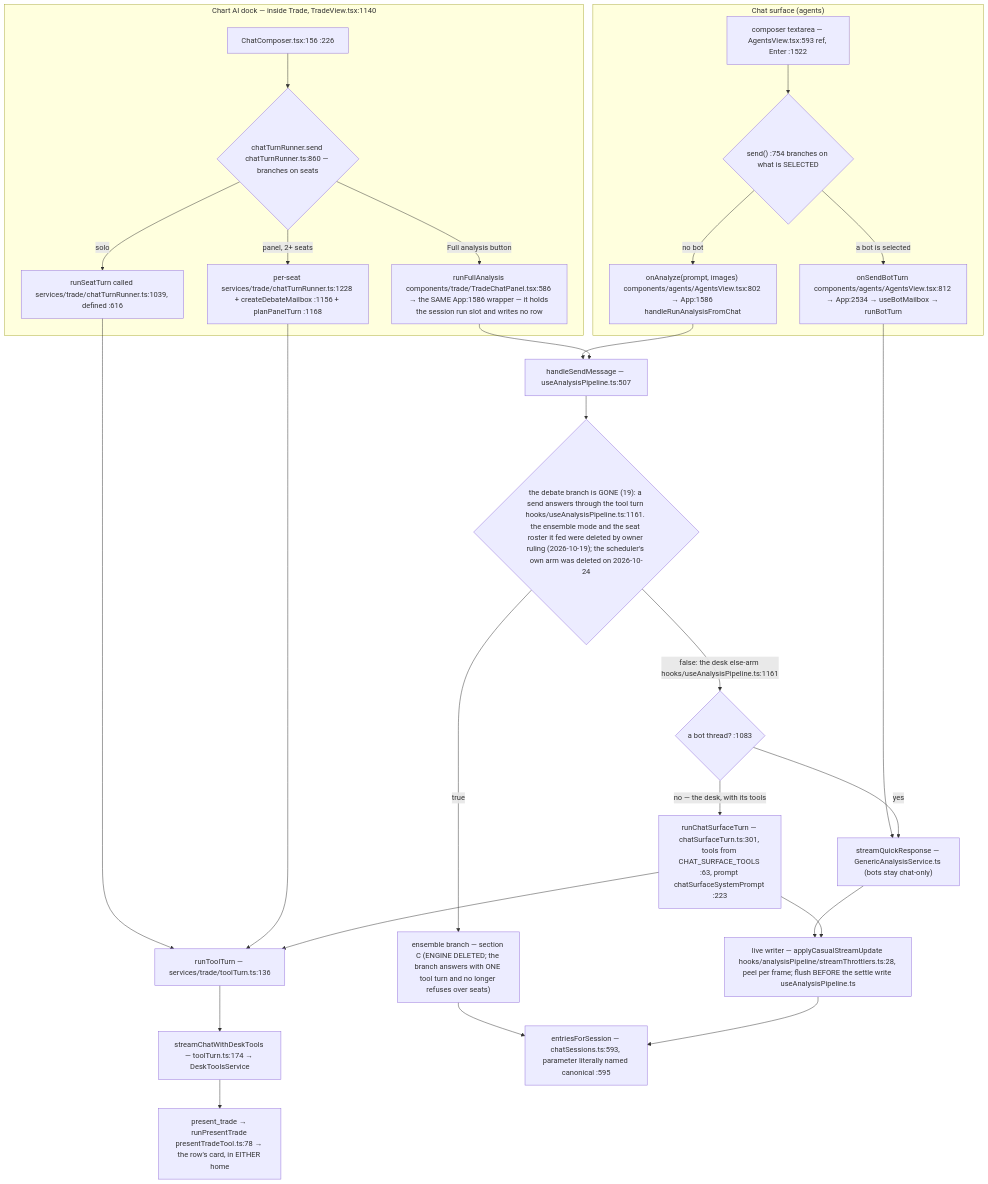
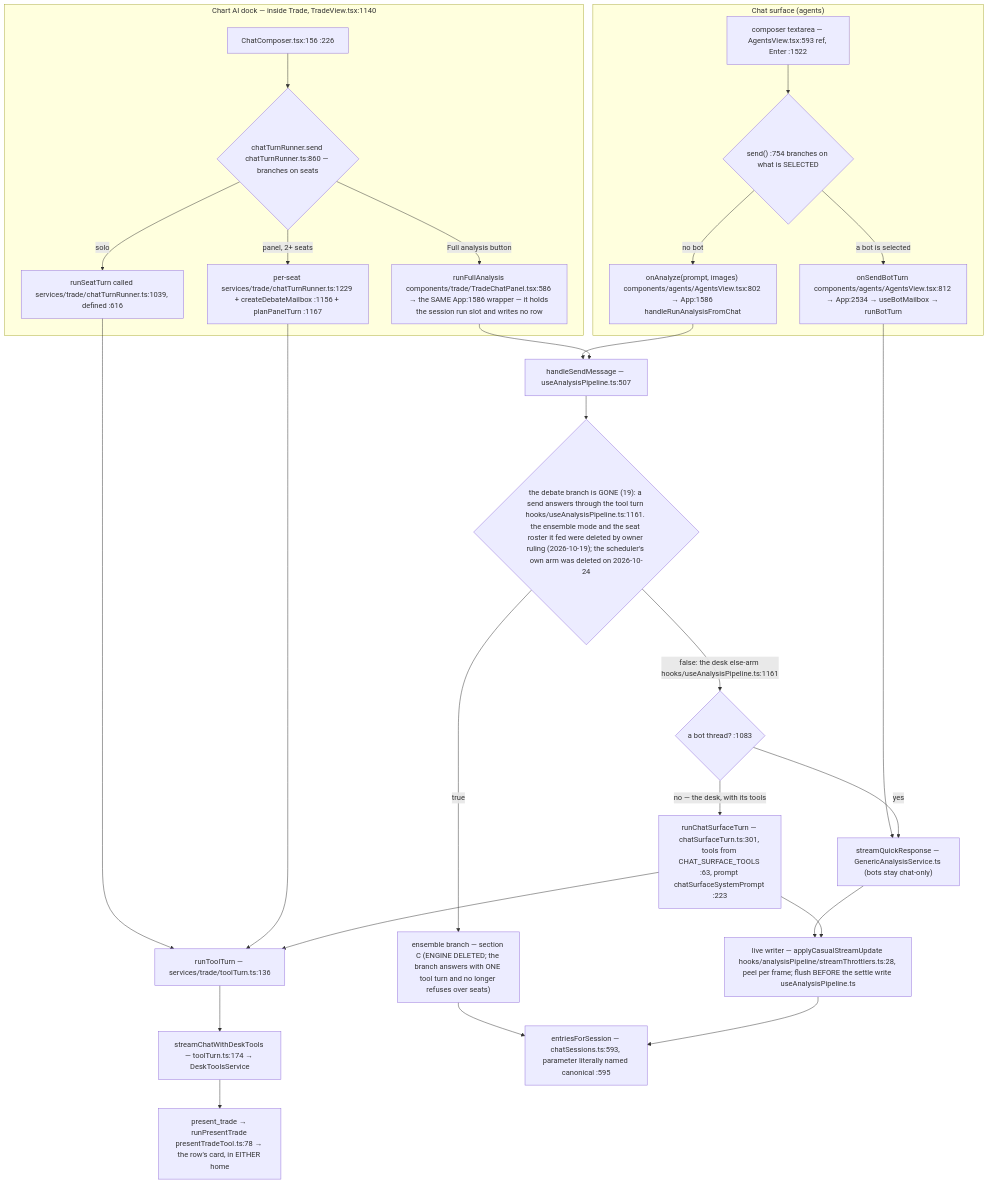
Before and after one commit to Acepay25/august-3.5: the second of 8 diagrams in docs/app-flow.md, drawn with Mermaid. The commit also changed other lines of this file and 8 other files, not shown here.

````diff
--- a/docs/app-flow.md
+++ b/docs/app-flow.md
@@ -78,31 +78,31 @@
 ```mermaid
 flowchart TD
     subgraph CHAT["Chat surface (agents)"]
         CB["composer textarea — AgentsView.tsx:593 ref, Enter :1522"] --> D1{"send() :754 branches on what is SELECTED"}
         D1 -->|a bot is selected| BOT["onSendBotTurn components/agents/AgentsView.tsx:812 → App:2534 → useBotMailbox → runBotTurn"]
         D1 -->|no bot| AN["onAnalyze(prompt, images) components/agents/AgentsView.tsx:802 → App:1586 handleRunAnalysisFromChat"]
     end
     subgraph DOCK["Chart AI dock — inside Trade, TradeView.tsx:1140"]
         DC["ChatComposer.tsx:156 :226"] --> D2{"chatTurnRunner.send chatTurnRunner.ts:860 — branches on seats"}
         D2 -->|solo| SO["runSeatTurn called services/trade/chatTurnRunner.ts:1039, defined :616"]
-        D2 -->|panel, 2+ seats| PN["per-seat services/trade/chatTurnRunner.ts:1228 + createDebateMailbox :1156 + planPanelTurn :1168"]
+        D2 -->|panel, 2+ seats| PN["per-seat services/trade/chatTurnRunner.ts:1229 + createDebateMailbox :1156 + planPanelTurn :1167"]
         D2 -->|Full analysis button| FA["runFullAnalysis components/trade/TradeChatPanel.tsx:586 → the SAME App:1586 wrapper — it holds the session run slot and writes no row"]
     end
     SO --> TT["runToolTurn — services/trade/toolTurn.ts:136"]
     PN --> TT
     TT --> SCDT["streamChatWithDeskTools — toolTurn.ts:174 → DeskToolsService"]
     BOT --> TR["streamQuickResponse — GenericAnalysisService.ts (bots stay chat-only)"]
     AN --> HSM["handleSendMessage — useAnalysisPipeline.ts:507"]
     FA --> HSM
     HSM --> D3{"the debate branch is GONE (19): a send answers through the tool turn hooks/useAnalysisPipeline.ts:1161. the ensemble mode and the seat roster it fed were deleted by owner ruling (2026-10-19); the scheduler's own arm was deleted on 2026-10-24"}
     D3 -->|true| ENS["ensemble branch — section C (ENGINE DELETED; the branch answers with ONE tool turn and no longer refuses over seats)"]
     D3 -->|false: the desk else-arm hooks/useAnalysisPipeline.ts:1161| SPLIT{"a bot thread? :1083"}
     SPLIT -->|yes| TR
     SPLIT -->|no — the desk, with its tools| CST["runChatSurfaceTurn — chatSurfaceTurn.ts:301, tools from CHAT_SURFACE_TOOLS :63, prompt chatSurfaceSystemPrompt :223"]
     CST --> TT
     TR --> LW["live writer — applyCasualStreamUpdate hooks/analysisPipeline/streamThrottlers.ts:28, peel per frame; flush BEFORE the settle write useAnalysisPipeline.ts"]
     CST --> LW
     ENS --> MERGE
     LW --> MERGE["entriesForSession — chatSessions.ts:593, parameter literally named canonical :595"]
     SCDT --> PT["present_trade → runPresentTrade presentTradeTool.ts:78 → the row's card, in EITHER home"]
 ```
````
